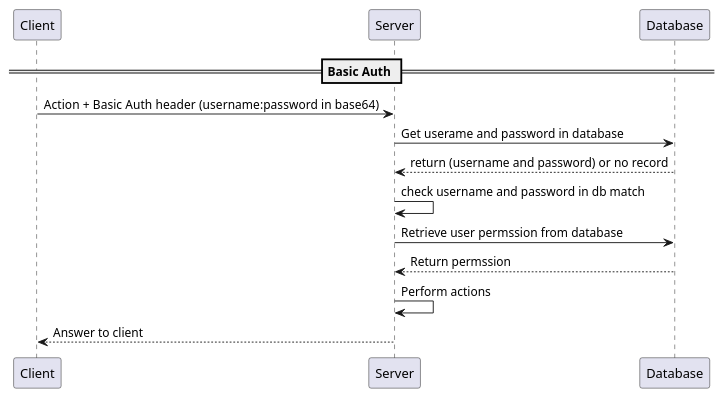
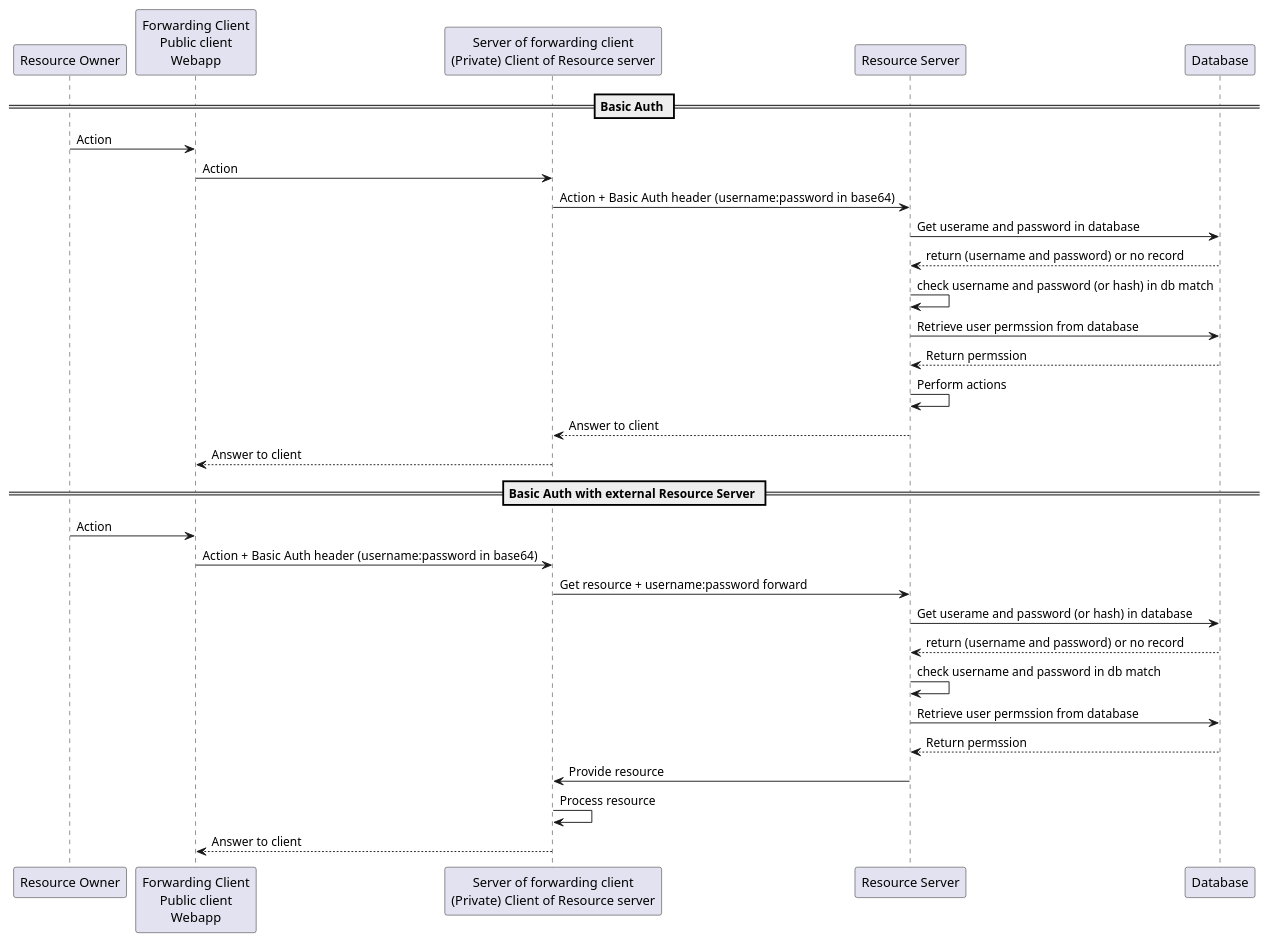
Before and after one commit to scoulomb/misc-notes: the diagram in oauth/0-basic-auth.puml, drawn with PlantUML. The commit also changed other lines of this file and 12 other files, not shown here.

```diff
--- a/oauth/0-basic-auth.puml
+++ b/oauth/0-basic-auth.puml
@@ -1,21 +1,43 @@
 @startuml
-participant Client as C
-participant Server as S 
+participant "Resource Owner" as RO
+participant "Forwarding Client\nPublic client\nWebapp" as FWDC
+participant "Server of forwarding client\n(Private) Client of Resource server" as C 
+participant "Resource Server" as RS 
 participant Database as DB
- 
+
 
 == Basic Auth ==
 
+RO -> FWDC: Action
+FWDC -> C: Action
+C -> RS: Action  + Basic Auth header (username:password in base64)
+RS -> DB: Get userame and password in database
+DB --> RS: return (username and password) or no record
+RS -> RS: check username and password (or hash) in db match
+RS -> DB : Retrieve user permssion from database
+DB --> RS: Return permssion 
+RS -> RS : Perform actions
+RS --> C: Answer to client  
+C --> FWDC: Answer to client  
 
-C -> S: Action  + Basic Auth header (username:password in base64)
-S -> DB: Get userame and password in database
-DB --> S: return (username and password) or no record
-S -> S: check username and password in db match
-S -> DB : Retrieve user permssion from database
-DB --> S: Return permssion 
-S -> S : Perform actions
-S --> C: Answer to client  
+' Digest is similar to basic auth except we receive a password hash
+' This describes the case where client is a webapp talking directly to the resourceRServer
 
-'Digest is similar to basic auth except we receive a password hash
+' Below we describe the case where we have a a server dedicated to the resource accessed by resource owner
+
+== Basic Auth with external Resource Server ==
+
+RO -> FWDC: Action
+FWDC -> C: Action  + Basic Auth header (username:password in base64)
+C -> RS: Get resource + username:password forward
+RS  -> DB: Get userame and password (or hash) in database
+DB --> RS: return (username and password) or no record
+RS -> RS: check username and password in db match
+RS -> DB : Retrieve user permssion from database
+DB --> RS: Return permssion 
+RS -> C : Provide resource
+C -> C: Process resource
+C --> FWDC: Answer to client  
+
 
 @enduml
```
